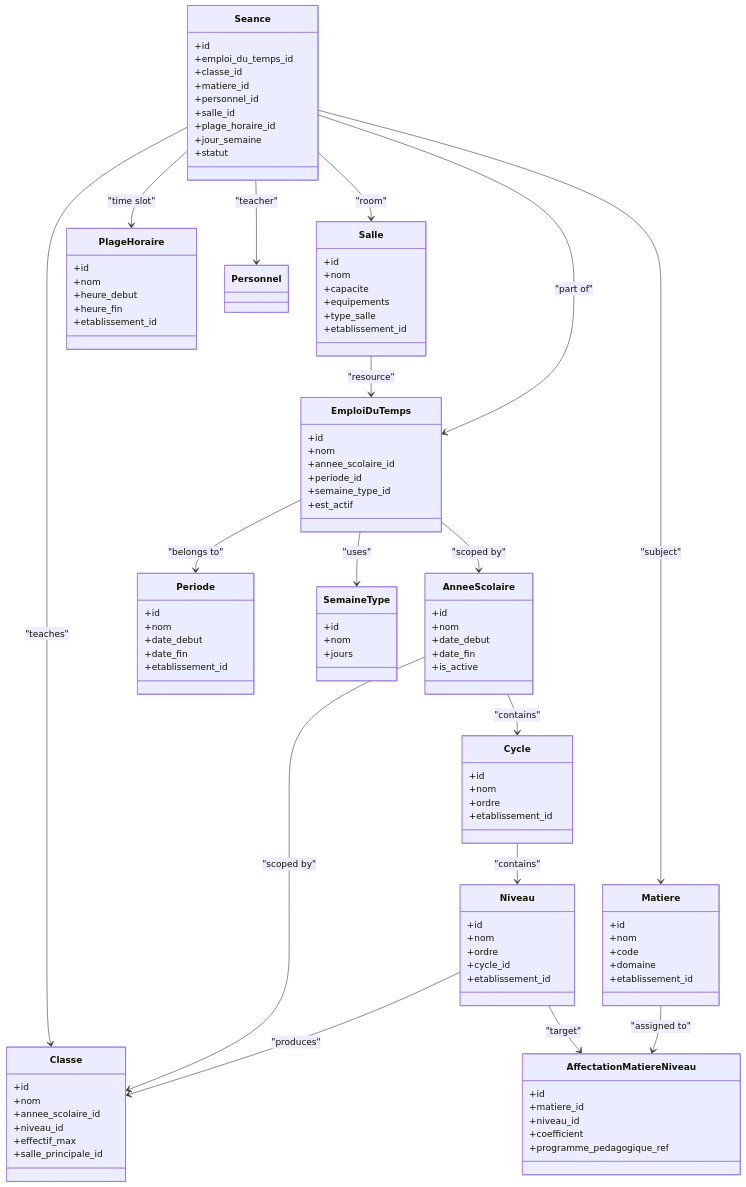
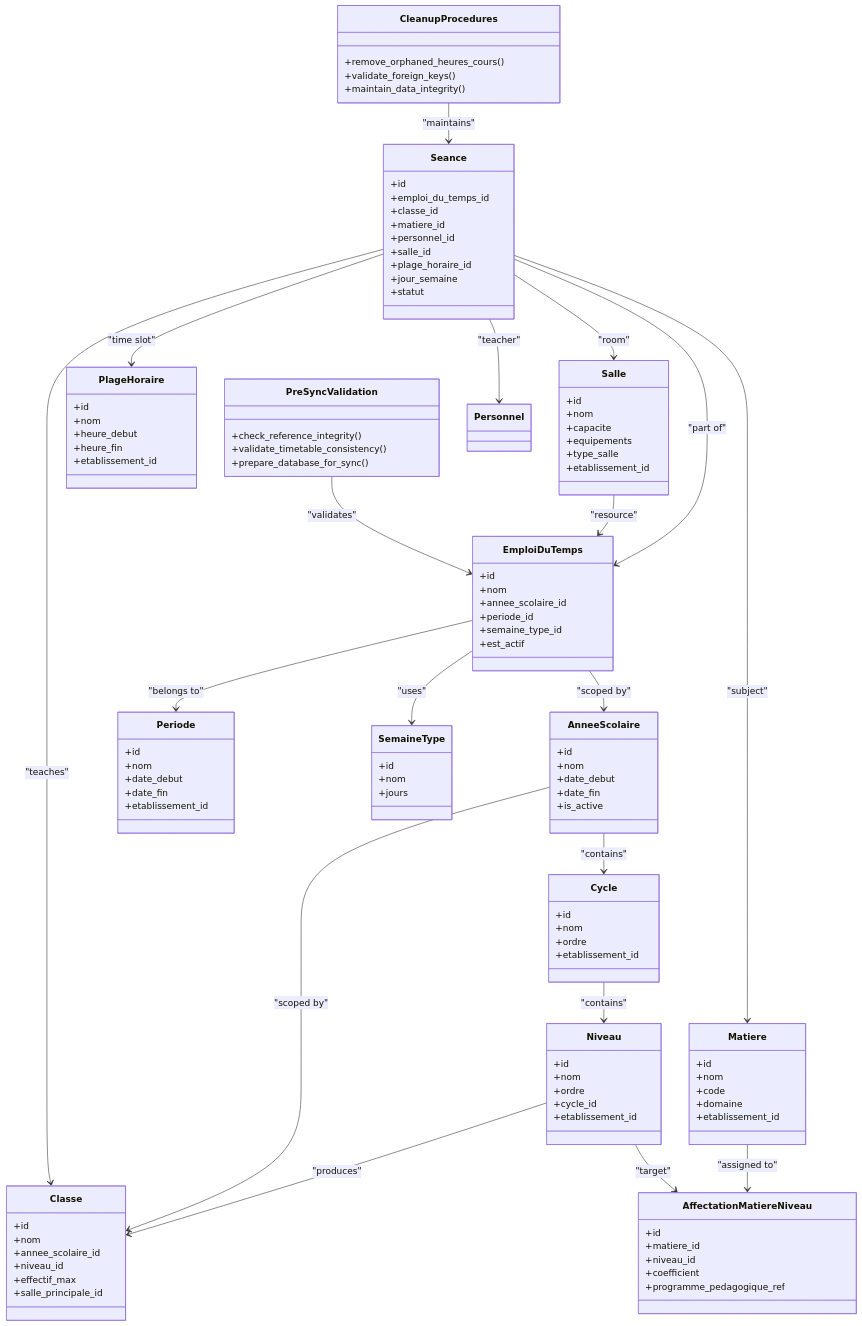
Before and after one commit to franckylab/eLISAschool: the second of 7 diagrams in .qoder/repowiki/en/content/Database Schema Design/Academic Schema/Class & Scheduling System.md, drawn with Mermaid. The commit also changed other lines of this file and 49 other files, not shown here.

````diff
--- a/.qoder/repowiki/en/content/Database Schema Design/Academic Schema/Class & Scheduling System.md
+++ b/.qoder/repowiki/en/content/Database Schema Design/Academic Schema/Class & Scheduling System.md
@@ -253,6 +279,16 @@
 +heure_fin
 +etablissement_id
 }
+class CleanupProcedures {
++remove_orphaned_heures_cours()
++validate_foreign_keys()
++maintain_data_integrity()
+}
+class PreSyncValidation {
++check_reference_integrity()
++validate_timetable_consistency()
++prepare_database_for_sync()
+}
 AnneeScolaire --> Cycle : "contains"
 Cycle --> Niveau : "contains"
 Niveau --> Classe : "produces"
@@ -269,4 +305,6 @@
 Seance --> Salle : "room"
 Seance --> PlageHoraire : "time slot"
 Salle --> EmploiDuTemps : "resource"
+CleanupProcedures --> Seance : "maintains"
+PreSyncValidation --> EmploiDuTemps : "validates"
 ```
````
